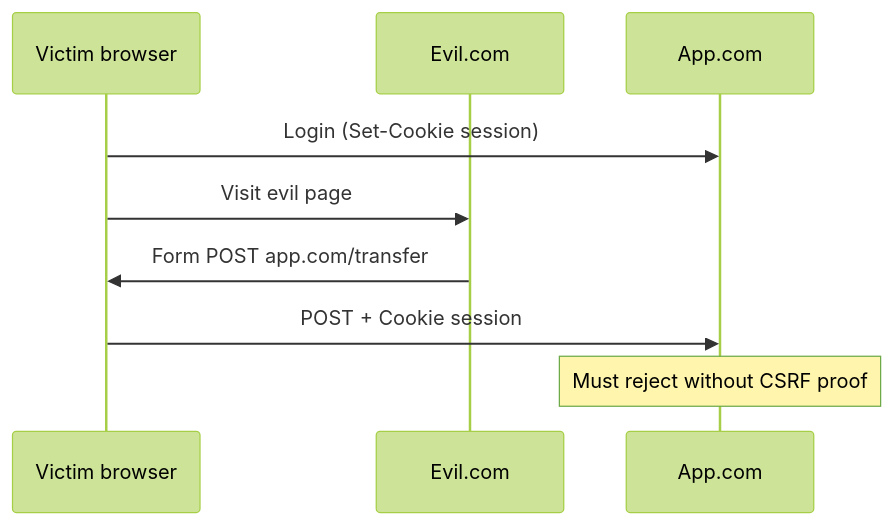
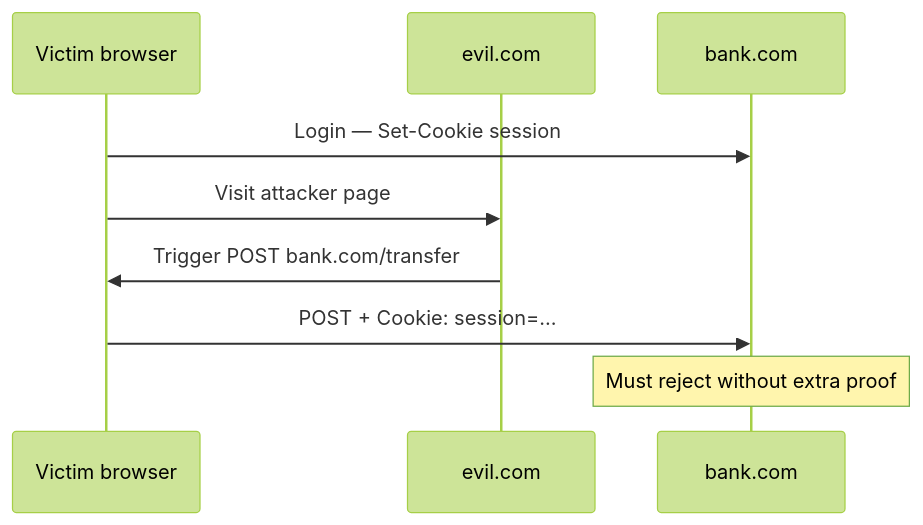
The third of 6 diagrams in docs/javascript/21-security.md (prajjwaljogdand/FullstackPreparation), drawn with Mermaid (forest theme) before and after one commit. The commit also changed other lines of this file and 91 other files, not shown here.

````diff
--- a/docs/javascript/21-security.md
+++ b/docs/javascript/21-security.md
@@ -60,11 +110,11 @@
 ```mermaid
 sequenceDiagram
   participant V as Victim browser
-  participant E as Evil.com
-  participant A as App.com
-  V->>A: Login (Set-Cookie session)
-  V->>E: Visit evil page
-  E->>V: Form POST app.com/transfer
-  V->>A: POST + Cookie session
-  Note over A: Must reject without CSRF proof
+  participant E as evil.com
+  participant B as bank.com
+  V->>B: Login — Set-Cookie session
+  V->>E: Visit attacker page
+  E->>V: Trigger POST bank.com/transfer
+  V->>B: POST + Cookie: session=...
+  Note over B: Must reject without extra proof
 ```
````
